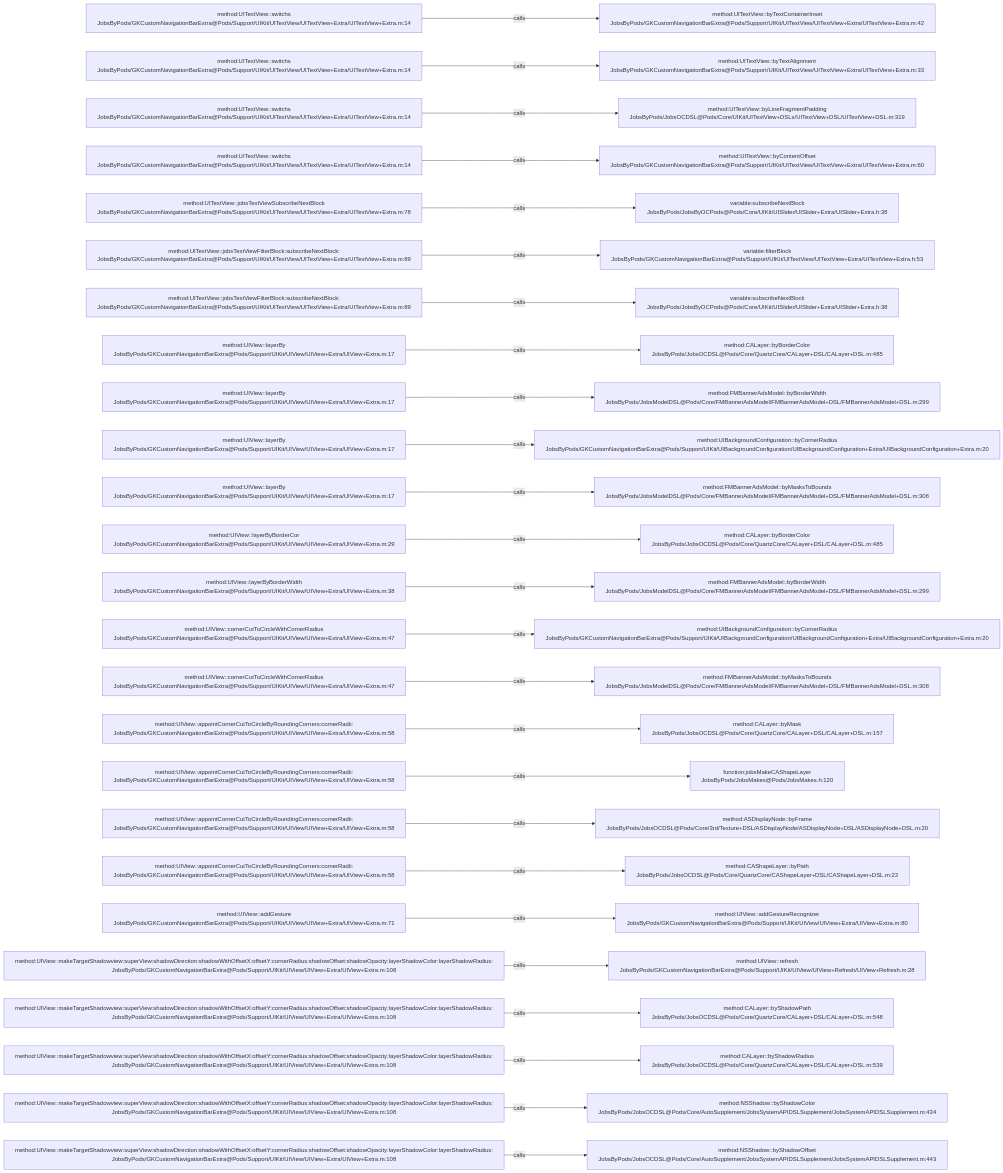
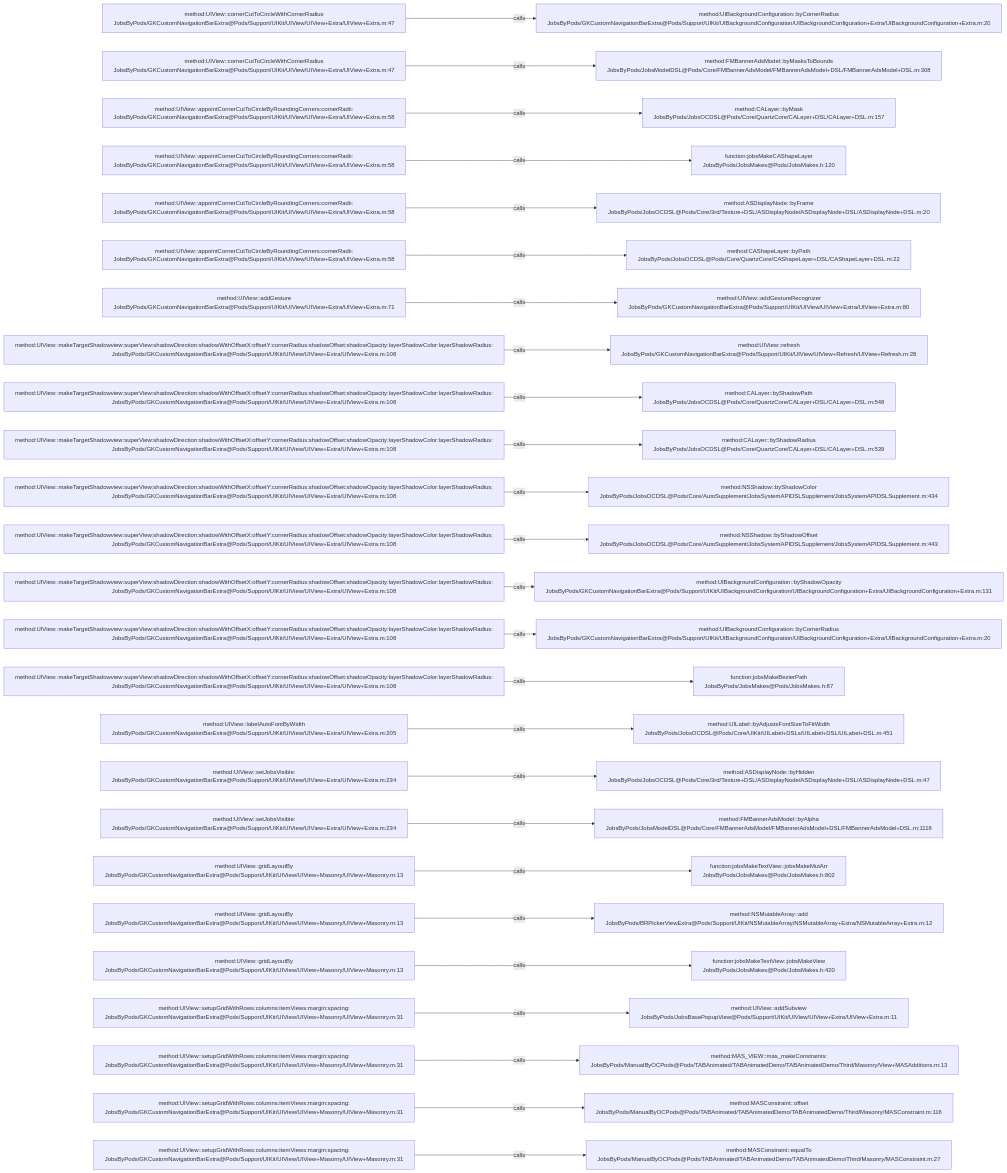
Before and after one commit to JobsKits/JobsOCBaseConfigDemo: the diagram in .codegraph/codegraph.md/graphs/calls-040.md, drawn with Mermaid. The commit also changed 223 other files, not shown here.

````diff
--- a/.codegraph/codegraph.md/graphs/calls-040.md
+++ b/.codegraph/codegraph.md/graphs/calls-040.md
@@ -13,78 +13,78 @@
 ```mermaid
 flowchart LR
-  S1["method:UITextView::switchs<br/>JobsByPods/GKCustomNavigationBarExtra@Pods/Support/UIKit/UITextView/UITextView+Extra/UITextView+Extra.m:14"]
-  T1["method:UITextView::byTextContainerInset<br/>JobsByPods/GKCustomNavigationBarExtra@Pods/Support/UIKit/UITextView/UITextView+Extra/UITextView+Extra.m:42"]
+  S1["method:UIView::cornerCutToCircleWithCornerRadius<br/>JobsByPods/GKCustomNavigationBarExtra@Pods/Support/UIKit/UIView/UIView+Extra/UIView+Extra.m:47"]
+  T1["method:UIBackgroundConfiguration::byCornerRadius<br/>JobsByPods/GKCustomNavigationBarExtra@Pods/Support/UIKit/UIBackgroundConfiguration/UIBackgroundConfiguration+Extra/UIBackgroundConfiguration+Extra.m:20"]
   S1 -->|calls| T1
-  S2["method:UITextView::switchs<br/>JobsByPods/GKCustomNavigationBarExtra@Pods/Support/UIKit/UITextView/UITextView+Extra/UITextView+Extra.m:14"]
-  T2["method:UITextView::byTextAlignment<br/>JobsByPods/GKCustomNavigationBarExtra@Pods/Support/UIKit/UITextView/UITextView+Extra/UITextView+Extra.m:33"]
+  S2["method:UIView::cornerCutToCircleWithCornerRadius<br/>JobsByPods/GKCustomNavigationBarExtra@Pods/Support/UIKit/UIView/UIView+Extra/UIView+Extra.m:47"]
+  T2["method:FMBannerAdsModel::byMasksToBounds<br/>JobsByPods/JobsModelDSL@Pods/Core/FMBannerAdsModel/FMBannerAdsModel+DSL/FMBannerAdsModel+DSL.m:308"]
   S2 -->|calls| T2
-  S3["method:UITextView::switchs<br/>JobsByPods/GKCustomNavigationBarExtra@Pods/Support/UIKit/UITextView/UITextView+Extra/UITextView+Extra.m:14"]
-  T3["method:UITextView::byLineFragmentPadding<br/>JobsByPods/JobsOCDSL@Pods/Core/UIKit/UITextView+DSLs/UITextView+DSL/UITextView+DSL.m:319"]
+  S3["method:UIView::appointCornerCutToCircleByRoundingCorners:cornerRadii:<br/>JobsByPods/GKCustomNavigationBarExtra@Pods/Support/UIKit/UIView/UIView+Extra/UIView+Extra.m:58"]
+  T3["method:CALayer::byMask<br/>JobsByPods/JobsOCDSL@Pods/Core/QuartzCore/CALayer+DSL/CALayer+DSL.m:157"]
   S3 -->|calls| T3
-  S4["method:UITextView::switchs<br/>JobsByPods/GKCustomNavigationBarExtra@Pods/Support/UIKit/UITextView/UITextView+Extra/UITextView+Extra.m:14"]
-  T4["method:UITextView::byContentOffset<br/>JobsByPods/GKCustomNavigationBarExtra@Pods/Support/UIKit/UITextView/UITextView+Extra/UITextView+Extra.m:60"]
+  S4["method:UIView::appointCornerCutToCircleByRoundingCorners:cornerRadii:<br/>JobsByPods/GKCustomNavigationBarExtra@Pods/Support/UIKit/UIView/UIView+Extra/UIView+Extra.m:58"]
+  T4["function:jobsMakeCAShapeLayer<br/>JobsByPods/JobsMakes@Pods/JobsMakes.h:120"]
   S4 -->|calls| T4
-  S5["method:UITextView::jobsTextViewSubscribeNextBlock<br/>JobsByPods/GKCustomNavigationBarExtra@Pods/Support/UIKit/UITextView/UITextView+Extra/UITextView+Extra.m:78"]
-  T5["variable:subscribeNextBlock<br/>JobsByPods/JobsByOCPods@Pods/Core/UIKit/UISlider/UISlider+Extra/UISlider+Extra.h:38"]
+  S5["method:UIView::appointCornerCutToCircleByRoundingCorners:cornerRadii:<br/>JobsByPods/GKCustomNavigationBarExtra@Pods/Support/UIKit/UIView/UIView+Extra/UIView+Extra.m:58"]
+  T5["method:ASDisplayNode::byFrame<br/>JobsByPods/JobsOCDSL@Pods/Core/3rd/Texture+DSL/ASDisplayNode/ASDisplayNode+DSL/ASDisplayNode+DSL.m:20"]
   S5 -->|calls| T5
-  S6["method:UITextView::jobsTextViewFilterBlock:subscribeNextBlock:<br/>JobsByPods/GKCustomNavigationBarExtra@Pods/Support/UIKit/UITextView/UITextView+Extra/UITextView+Extra.m:89"]
-  T6["variable:filterBlock<br/>JobsByPods/GKCustomNavigationBarExtra@Pods/Support/UIKit/UITextView/UITextView+Extra/UITextView+Extra.h:53"]
+  S6["method:UIView::appointCornerCutToCircleByRoundingCorners:cornerRadii:<br/>JobsByPods/GKCustomNavigationBarExtra@Pods/Support/UIKit/UIView/UIView+Extra/UIView+Extra.m:58"]
+  T6["method:CAShapeLayer::byPath<br/>JobsByPods/JobsOCDSL@Pods/Core/QuartzCore/CAShapeLayer+DSL/CAShapeLayer+DSL.m:22"]
   S6 -->|calls| T6
-  S7["method:UITextView::jobsTextViewFilterBlock:subscribeNextBlock:<br/>JobsByPods/GKCustomNavigationBarExtra@Pods/Support/UIKit/UITextView/UITextView+Extra/UITextView+Extra.m:89"]
-  T7["variable:subscribeNextBlock<br/>JobsByPods/JobsByOCPods@Pods/Core/UIKit/UISlider/UISlider+Extra/UISlider+Extra.h:38"]
+  S7["method:UIView::addGesture<br/>JobsByPods/GKCustomNavigationBarExtra@Pods/Support/UIKit/UIView/UIView+Extra/UIView+Extra.m:71"]
+  T7["method:UIView::addGestureRecognizer<br/>JobsByPods/GKCustomNavigationBarExtra@Pods/Support/UIKit/UIView/UIView+Extra/UIView+Extra.m:80"]
   S7 -->|calls| T7
-  S8["method:UIView::layerBy<br/>JobsByPods/GKCustomNavigationBarExtra@Pods/Support/UIKit/UIView/UIView+Extra/UIView+Extra.m:17"]
-  T8["method:CALayer::byBorderColor<br/>JobsByPods/JobsOCDSL@Pods/Core/QuartzCore/CALayer+DSL/CALayer+DSL.m:485"]
+  S8["method:UIView::makeTargetShadowview:superView:shadowDirection:shadowWithOffsetX:offsetY:cornerRadius:shadowOffset:shadowOpacity:layerShadowColor:layerShadowRadius:<br/>JobsByPods/GKCustomNavigationBarExtra@Pods/Support/UIKit/UIView/UIView+Extra/UIView+Extra.m:108"]
+  T8["method:UIView::refresh<br/>JobsByPods/GKCustomNavigationBarExtra@Pods/Support/UIKit/UIView/UIView+Refresh/UIView+Refresh.m:28"]
   S8 -->|calls| T8
-  S9["method:UIView::layerBy<br/>JobsByPods/GKCustomNavigationBarExtra@Pods/Support/UIKit/UIView/UIView+Extra/UIView+Extra.m:17"]
-  T9["method:FMBannerAdsModel::byBorderWidth<br/>JobsByPods/JobsModelDSL@Pods/Core/FMBannerAdsModel/FMBannerAdsModel+DSL/FMBannerAdsModel+DSL.m:299"]
+  S9["method:UIView::makeTargetShadowview:superView:shadowDirection:shadowWithOffsetX:offsetY:cornerRadius:shadowOffset:shadowOpacity:layerShadowColor:layerShadowRadius:<br/>JobsByPods/GKCustomNavigationBarExtra@Pods/Support/UIKit/UIView/UIView+Extra/UIView+Extra.m:108"]
+  T9["method:CALayer::byShadowPath<br/>JobsByPods/JobsOCDSL@Pods/Core/QuartzCore/CALayer+DSL/CALayer+DSL.m:548"]
   S9 -->|calls| T9
-  S10["method:UIView::layerBy<br/>JobsByPods/GKCustomNavigationBarExtra@Pods/Support/UIKit/UIView/UIView+Extra/UIView+Extra.m:17"]
-  T10["method:UIBackgroundConfiguration::byCornerRadius<br/>JobsByPods/GKCustomNavigationBarExtra@Pods/Support/UIKit/UIBackgroundConfiguration/UIBackgroundConfiguration+Extra/UIBackgroundConfiguration+Extra.m:20"]
+  S10["method:UIView::makeTargetShadowview:superView:shadowDirection:shadowWithOffsetX:offsetY:cornerRadius:shadowOffset:shadowOpacity:layerShadowColor:layerShadowRadius:<br/>JobsByPods/GKCustomNavigationBarExtra@Pods/Support/UIKit/UIView/UIView+Extra/UIView+Extra.m:108"]
+  T10["method:CALayer::byShadowRadius<br/>JobsByPods/JobsOCDSL@Pods/Core/QuartzCore/CALayer+DSL/CALayer+DSL.m:539"]
   S10 -->|calls| T10
-  S11["method:UIView::layerBy<br/>JobsByPods/GKCustomNavigationBarExtra@Pods/Support/UIKit/UIView/UIView+Extra/UIView+Extra.m:17"]
-  T11["method:FMBannerAdsModel::byMasksToBounds<br/>JobsByPods/JobsModelDSL@Pods/Core/FMBannerAdsModel/FMBannerAdsModel+DSL/FMBannerAdsModel+DSL.m:308"]
+  S11["method:UIView::makeTargetShadowview:superView:shadowDirection:shadowWithOffsetX:offsetY:cornerRadius:shadowOffset:shadowOpacity:layerShadowColor:layerShadowRadius:<br/>JobsByPods/GKCustomNavigationBarExtra@Pods/Support/UIKit/UIView/UIView+Extra/UIView+Extra.m:108"]
+  T11["method:NSShadow::byShadowColor<br/>JobsByPods/JobsOCDSL@Pods/Core/AutoSupplement/JobsSystemAPIDSLSupplement/JobsSystemAPIDSLSupplement.m:434"]
   S11 -->|calls| T11
-  S12["method:UIView::layerByBorderCor<br/>JobsByPods/GKCustomNavigationBarExtra@Pods/Support/UIKit/UIView/UIView+Extra/UIView+Extra.m:29"]
-  T12["method:CALayer::byBorderColor<br/>JobsByPods/JobsOCDSL@Pods/Core/QuartzCore/CALayer+DSL/CALayer+DSL.m:485"]
+  S12["method:UIView::makeTargetShadowview:superView:shadowDirection:shadowWithOffsetX:offsetY:cornerRadius:shadowOffset:shadowOpacity:layerShadowColor:layerShadowRadius:<br/>JobsByPods/GKCustomNavigationBarExtra@Pods/Support/UIKit/UIView/UIView+Extra/UIView+Extra.m:108"]
+  T12["method:NSShadow::byShadowOffset<br/>JobsByPods/JobsOCDSL@Pods/Core/AutoSupplement/JobsSystemAPIDSLSupplement/JobsSystemAPIDSLSupplement.m:443"]
   S12 -->|calls| T12
-  S13["method:UIView::layerByBorderWidth<br/>JobsByPods/GKCustomNavigationBarExtra@Pods/Support/UIKit/UIView/UIView+Extra/UIView+Extra.m:38"]
-  T13["method:FMBannerAdsModel::byBorderWidth<br/>JobsByPods/JobsModelDSL@Pods/Core/FMBannerAdsModel/FMBannerAdsModel+DSL/FMBannerAdsModel+DSL.m:299"]
+  S13["method:UIView::makeTargetShadowview:superView:shadowDirection:shadowWithOffsetX:offsetY:cornerRadius:shadowOffset:shadowOpacity:layerShadowColor:layerShadowRadius:<br/>JobsByPods/GKCustomNavigationBarExtra@Pods/Support/UIKit/UIView/UIView+Extra/UIView+Extra.m:108"]
+  T13["method:UIBackgroundConfiguration::byShadowOpacity<br/>JobsByPods/GKCustomNavigationBarExtra@Pods/Support/UIKit/UIBackgroundConfiguration/UIBackgroundConfiguration+Extra/UIBackgroundConfiguration+Extra.m:131"]
   S13 -->|calls| T13
-  S14["method:UIView::cornerCutToCircleWithCornerRadius<br/>JobsByPods/GKCustomNavigationBarExtra@Pods/Support/UIKit/UIView/UIView+Extra/UIView+Extra.m:47"]
+  S14["method:UIView::makeTargetShadowview:superView:shadowDirection:shadowWithOffsetX:offsetY:cornerRadius:shadowOffset:shadowOpacity:layerShadowColor:layerShadowRadius:<br/>JobsByPods/GKCustomNavigationBarExtra@Pods/Support/UIKit/UIView/UIView+Extra/UIView+Extra.m:108"]
   T14["method:UIBackgroundConfiguration::byCornerRadius<br/>JobsByPods/GKCustomNavigationBarExtra@Pods/Support/UIKit/UIBackgroundConfiguration/UIBackgroundConfiguration+Extra/UIBackgroundConfiguration+Extra.m:20"]
   S14 -->|calls| T14
-  S15["method:UIView::cornerCutToCircleWithCornerRadius<br/>JobsByPods/GKCustomNavigationBarExtra@Pods/Support/UIKit/UIView/UIView+Extra/UIView+Extra.m:47"]
-  T15["method:FMBannerAdsModel::byMasksToBounds<br/>JobsByPods/JobsModelDSL@Pods/Core/FMBannerAdsModel/FMBannerAdsModel+DSL/FMBannerAdsModel+DSL.m:308"]
+  S15["method:UIView::makeTargetShadowview:superView:shadowDirection:shadowWithOffsetX:offsetY:cornerRadius:shadowOffset:shadowOpacity:layerShadowColor:layerShadowRadius:<br/>JobsByPods/GKCustomNavigationBarExtra@Pods/Support/UIKit/UIView/UIView+Extra/UIView+Extra.m:108"]
+  T15["function:jobsMakeBezierPath<br/>JobsByPods/JobsMakes@Pods/JobsMakes.h:87"]
   S15 -->|calls| T15
-  S16["method:UIView::appointCornerCutToCircleByRoundingCorners:cornerRadii:<br/>JobsByPods/GKCustomNavigationBarExtra@Pods/Support/UIKit/UIView/UIView+Extra/UIView+Extra.m:58"]
-  T16["method:CALayer::byMask<br/>JobsByPods/JobsOCDSL@Pods/Core/QuartzCore/CALayer+DSL/CALayer+DSL.m:157"]
+  S16["method:UIView::labelAutoFontByWidth<br/>JobsByPods/GKCustomNavigationBarExtra@Pods/Support/UIKit/UIView/UIView+Extra/UIView+Extra.m:205"]
+  T16["method:UILabel::byAdjustsFontSizeToFitWidth<br/>JobsByPods/JobsOCDSL@Pods/Core/UIKit/UILabel+DSLs/UILabel+DSL/UILabel+DSL.m:451"]
   S16 -->|calls| T16
-  S17["method:UIView::appointCornerCutToCircleByRoundingCorners:cornerRadii:<br/>JobsByPods/GKCustomNavigationBarExtra@Pods/Support/UIKit/UIView/UIView+Extra/UIView+Extra.m:58"]
-  T17["function:jobsMakeCAShapeLayer<br/>JobsByPods/JobsMakes@Pods/JobsMakes.h:120"]
+  S17["method:UIView::setJobsVisible:<br/>JobsByPods/GKCustomNavigationBarExtra@Pods/Support/UIKit/UIView/UIView+Extra/UIView+Extra.m:234"]
+  T17["method:ASDisplayNode::byHidden<br/>JobsByPods/JobsOCDSL@Pods/Core/3rd/Texture+DSL/ASDisplayNode/ASDisplayNode+DSL/ASDisplayNode+DSL.m:47"]
   S17 -->|calls| T17
-  S18["method:UIView::appointCornerCutToCircleByRoundingCorners:cornerRadii:<br/>JobsByPods/GKCustomNavigationBarExtra@Pods/Support/UIKit/UIView/UIView+Extra/UIView+Extra.m:58"]
-  T18["method:ASDisplayNode::byFrame<br/>JobsByPods/JobsOCDSL@Pods/Core/3rd/Texture+DSL/ASDisplayNode/ASDisplayNode+DSL/ASDisplayNode+DSL.m:20"]
+  S18["method:UIView::setJobsVisible:<br/>JobsByPods/GKCustomNavigationBarExtra@Pods/Support/UIKit/UIView/UIView+Extra/UIView+Extra.m:234"]
+  T18["method:FMBannerAdsModel::byAlpha<br/>JobsByPods/JobsModelDSL@Pods/Core/FMBannerAdsModel/FMBannerAdsModel+DSL/FMBannerAdsModel+DSL.m:1118"]
   S18 -->|calls| T18
-  S19["method:UIView::appointCornerCutToCircleByRoundingCorners:cornerRadii:<br/>JobsByPods/GKCustomNavigationBarExtra@Pods/Support/UIKit/UIView/UIView+Extra/UIView+Extra.m:58"]
-  T19["method:CAShapeLayer::byPath<br/>JobsByPods/JobsOCDSL@Pods/Core/QuartzCore/CAShapeLayer+DSL/CAShapeLayer+DSL.m:22"]
+  S19["method:UIView::gridLayoutBy<br/>JobsByPods/GKCustomNavigationBarExtra@Pods/Support/UIKit/UIView/UIView+Masonry/UIView+Masonry.m:13"]
+  T19["function:jobsMakeTextView::jobsMakeMutArr<br/>JobsByPods/JobsMakes@Pods/JobsMakes.h:802"]
   S19 -->|calls| T19
-  S20["method:UIView::addGesture<br/>JobsByPods/GKCustomNavigationBarExtra@Pods/Support/UIKit/UIView/UIView+Extra/UIView+Extra.m:71"]
-  T20["method:UIView::addGestureRecognizer<br/>JobsByPods/GKCustomNavigationBarExtra@Pods/Support/UIKit/UIView/UIView+Extra/UIView+Extra.m:80"]
+  S20["method:UIView::gridLayoutBy<br/>JobsByPods/GKCustomNavigationBarExtra@Pods/Support/UIKit/UIView/UIView+Masonry/UIView+Masonry.m:13"]
+  T20["method:NSMutableArray::add<br/>JobsByPods/BRPickerViewExtra@Pods/Support/UIKit/NSMutableArray/NSMutableArray+Extra/NSMutableArray+Extra.m:12"]
   S20 -->|calls| T20
-  S21["method:UIView::makeTargetShadowview:superView:shadowDirection:shadowWithOffsetX:offsetY:cornerRadius:shadowOffset:shadowOpacity:layerShadowColor:layerShadowRadius:<br/>JobsByPods/GKCustomNavigationBarExtra@Pods/Support/UIKit/UIView/UIView+Extra/UIView+Extra.m:108"]
-  T21["method:UIView::refresh<br/>JobsByPods/GKCustomNavigationBarExtra@Pods/Support/UIKit/UIView/UIView+Refresh/UIView+Refresh.m:28"]
+  S21["method:UIView::gridLayoutBy<br/>JobsByPods/GKCustomNavigationBarExtra@Pods/Support/UIKit/UIView/UIView+Masonry/UIView+Masonry.m:13"]
+  T21["function:jobsMakeTextView::jobsMakeView<br/>JobsByPods/JobsMakes@Pods/JobsMakes.h:420"]
   S21 -->|calls| T21
-  S22["method:UIView::makeTargetShadowview:superView:shadowDirection:shadowWithOffsetX:offsetY:cornerRadius:shadowOffset:shadowOpacity:layerShadowColor:layerShadowRadius:<br/>JobsByPods/GKCustomNavigationBarExtra@Pods/Support/UIKit/UIView/UIView+Extra/UIView+Extra.m:108"]
-  T22["method:CALayer::byShadowPath<br/>JobsByPods/JobsOCDSL@Pods/Core/QuartzCore/CALayer+DSL/CALayer+DSL.m:548"]
+  S22["method:UIView::setupGridWithRows:columns:itemViews:margin:spacing:<br/>JobsByPods/GKCustomNavigationBarExtra@Pods/Support/UIKit/UIView/UIView+Masonry/UIView+Masonry.m:31"]
+  T22["method:UIView::addSubview<br/>JobsByPods/JobsBasePopupView@Pods/Support/UIKit/UIView/UIView+Extra/UIView+Extra.m:11"]
   S22 -->|calls| T22
-  S23["method:UIView::makeTargetShadowview:superView:shadowDirection:shadowWithOffsetX:offsetY:cornerRadius:shadowOffset:shadowOpacity:layerShadowColor:layerShadowRadius:<br/>JobsByPods/GKCustomNavigationBarExtra@Pods/Support/UIKit/UIView/UIView+Extra/UIView+Extra.m:108"]
-  T23["method:CALayer::byShadowRadius<br/>JobsByPods/JobsOCDSL@Pods/Core/QuartzCore/CALayer+DSL/CALayer+DSL.m:539"]
+  S23["method:UIView::setupGridWithRows:columns:itemViews:margin:spacing:<br/>JobsByPods/GKCustomNavigationBarExtra@Pods/Support/UIKit/UIView/UIView+Masonry/UIView+Masonry.m:31"]
+  T23["method:MAS_VIEW::mas_makeConstraints:<br/>JobsByPods/ManualByOCPods@Pods/TABAnimated/TABAnimatedDemo/TABAnimatedDemo/Third/Masonry/View+MASAdditions.m:13"]
   S23 -->|calls| T23
-  S24["method:UIView::makeTargetShadowview:superView:shadowDirection:shadowWithOffsetX:offsetY:cornerRadius:shadowOffset:shadowOpacity:layerShadowColor:layerShadowRadius:<br/>JobsByPods/GKCustomNavigationBarExtra@Pods/Support/UIKit/UIView/UIView+Extra/UIView+Extra.m:108"]
-  T24["method:NSShadow::byShadowColor<br/>JobsByPods/JobsOCDSL@Pods/Core/AutoSupplement/JobsSystemAPIDSLSupplement/JobsSystemAPIDSLSupplement.m:434"]
+  S24["method:UIView::setupGridWithRows:columns:itemViews:margin:spacing:<br/>JobsByPods/GKCustomNavigationBarExtra@Pods/Support/UIKit/UIView/UIView+Masonry/UIView+Masonry.m:31"]
+  T24["method:MASConstraint::offset<br/>JobsByPods/ManualByOCPods@Pods/TABAnimated/TABAnimatedDemo/TABAnimatedDemo/Third/Masonry/MASConstraint.m:116"]
   S24 -->|calls| T24
-  S25["method:UIView::makeTargetShadowview:superView:shadowDirection:shadowWithOffsetX:offsetY:cornerRadius:shadowOffset:shadowOpacity:layerShadowColor:layerShadowRadius:<br/>JobsByPods/GKCustomNavigationBarExtra@Pods/Support/UIKit/UIView/UIView+Extra/UIView+Extra.m:108"]
-  T25["method:NSShadow::byShadowOffset<br/>JobsByPods/JobsOCDSL@Pods/Core/AutoSupplement/JobsSystemAPIDSLSupplement/JobsSystemAPIDSLSupplement.m:443"]
+  S25["method:UIView::setupGridWithRows:columns:itemViews:margin:spacing:<br/>JobsByPods/GKCustomNavigationBarExtra@Pods/Support/UIKit/UIView/UIView+Masonry/UIView+Masonry.m:31"]
+  T25["method:MASConstraint::equalTo<br/>JobsByPods/ManualByOCPods@Pods/TABAnimated/TABAnimatedDemo/TABAnimatedDemo/Third/Masonry/MASConstraint.m:27"]
   S25 -->|calls| T25
 ```
````
